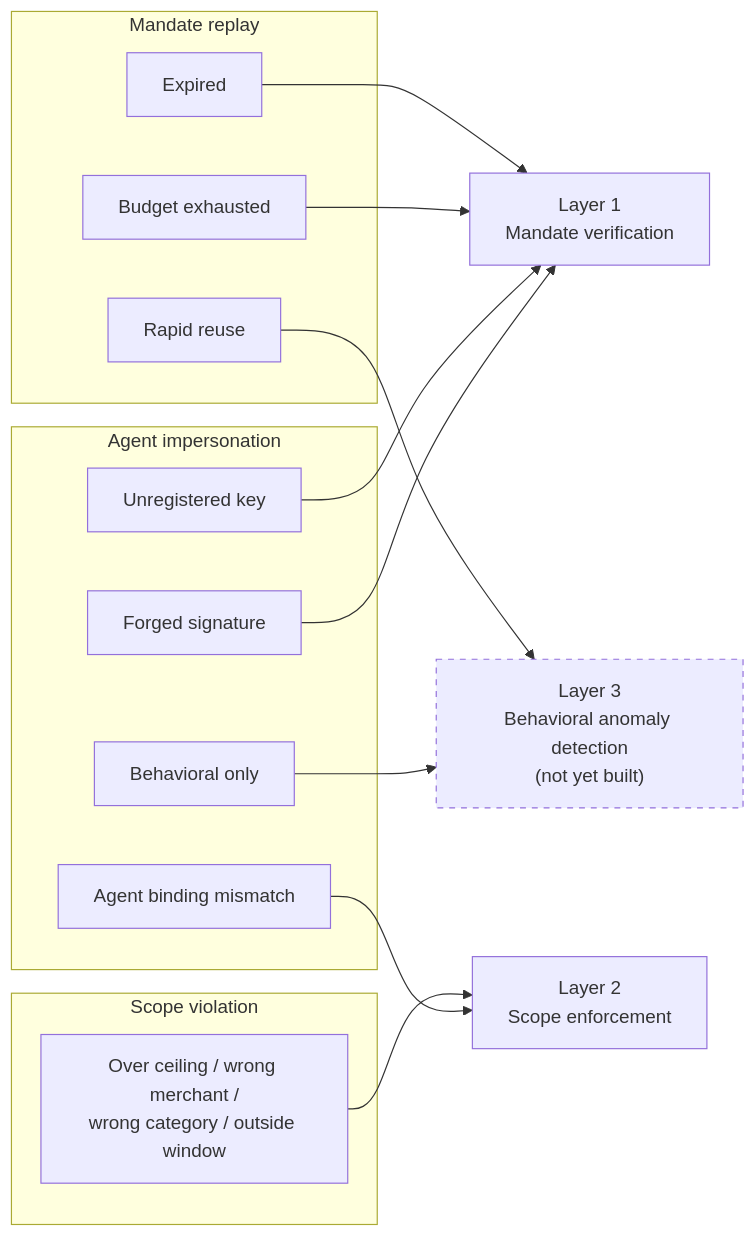
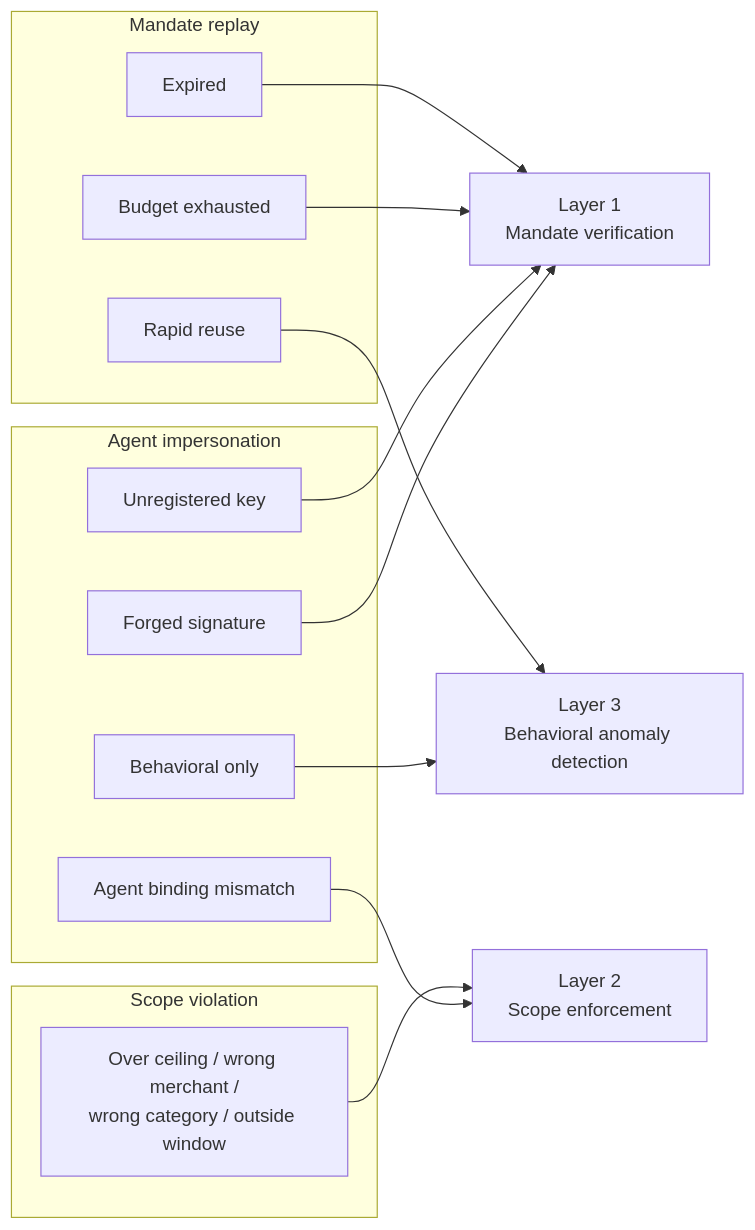
Before and after one commit to cfcmadlad/agentic-commerce-sentinel: the second of 2 diagrams in README.md, drawn with Mermaid. The commit also changed other lines of this file, not shown here.

````diff
--- a/README.md
+++ b/README.md
@@ -183,32 +197,30 @@
 ```mermaid
 flowchart LR
     subgraph Replay["Mandate replay"]
         R1["Expired"]
         R2["Budget exhausted"]
         R3["Rapid reuse"]
     end
 
     subgraph Scope["Scope violation"]
         S1["Over ceiling / wrong merchant /\nwrong category / outside window"]
     end
 
     subgraph Imperson["Agent impersonation"]
         I1["Unregistered key"]
         I2["Forged signature"]
         I3["Agent binding mismatch"]
         I4["Behavioral only"]
     end
 
     R1 --> L1["Layer 1\nMandate verification"]
     R2 --> L1
     I1 --> L1
     I2 --> L1
 
     S1 --> L2["Layer 2\nScope enforcement"]
     I3 --> L2
 
-    R3 --> L3["Layer 3\nBehavioral anomaly detection\n(not yet built)"]
+    R3 --> L3["Layer 3\nBehavioral anomaly detection"]
     I4 --> L3
-
-    style L3 stroke-dasharray: 5 5
 ```
````
